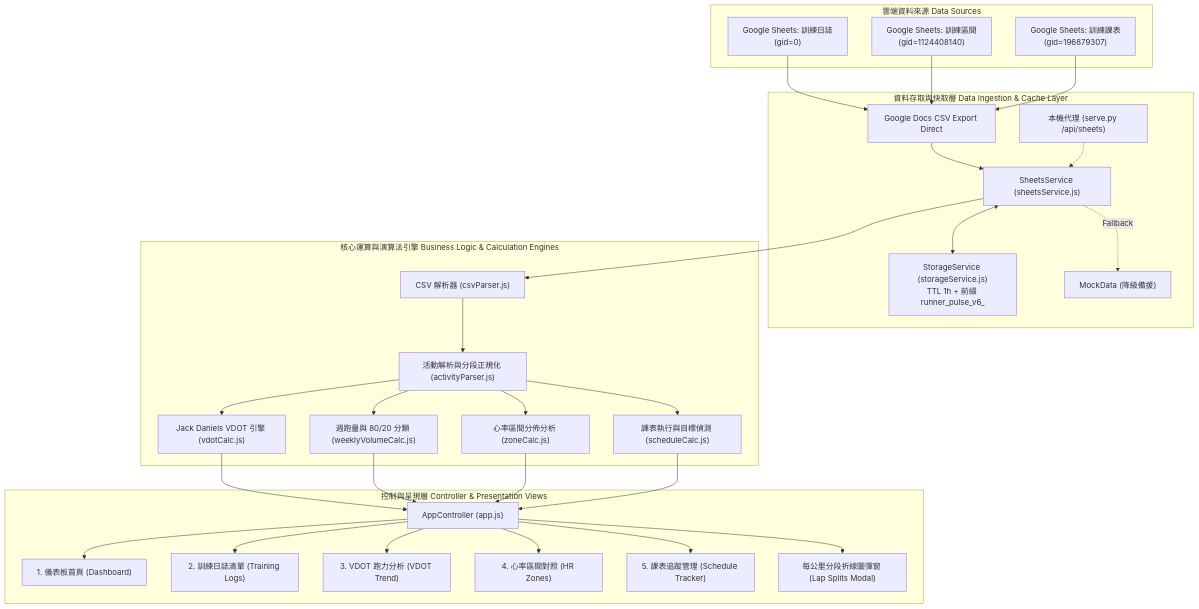
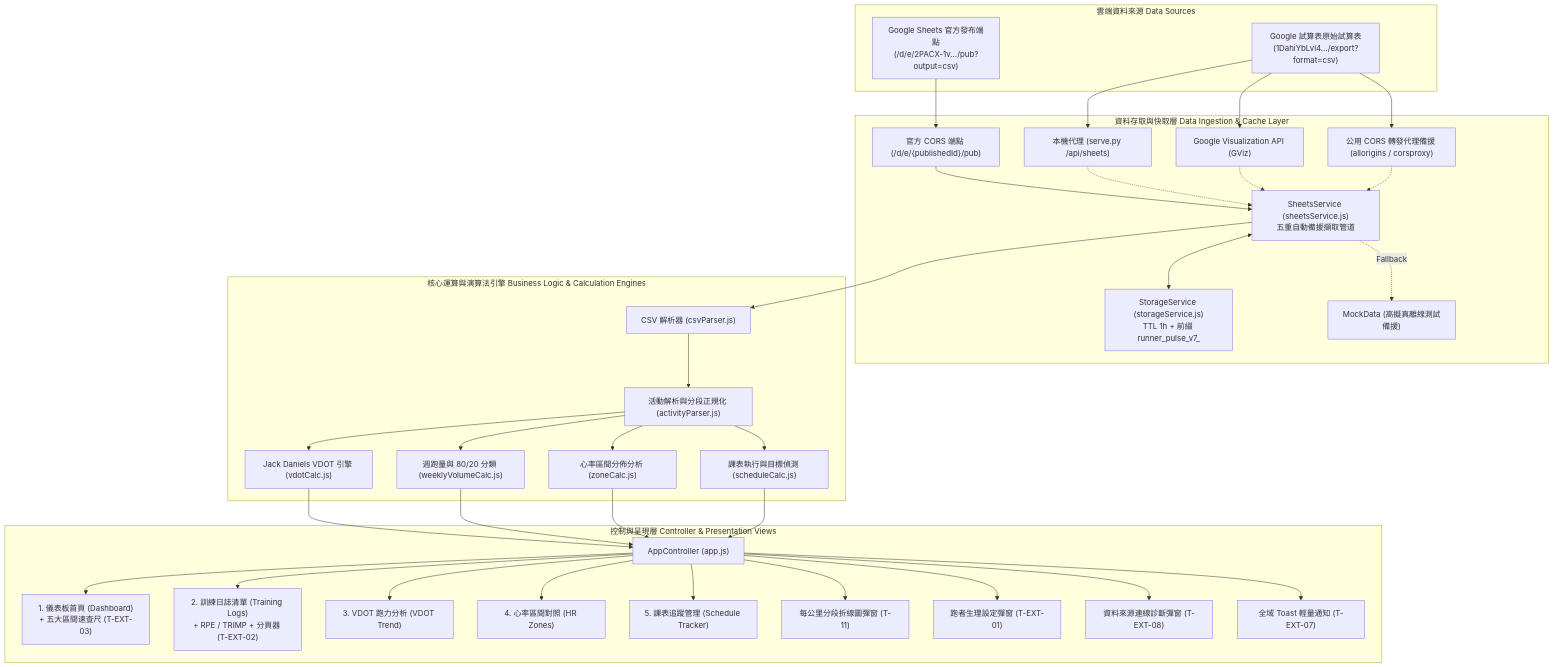
The first of 3 diagrams in RUNNER_PULSE_SYSTEM_SPEC_AND_MANUAL.md (tobby0306/Runner_Web), drawn with Mermaid before and after one commit. The commit also changed other lines of this file, not shown here.

Commit message:
docs: Update system manual to v2.2 with PM WBS, SA specs (T-EXT-01~08), and Architect Risk Analysis

````diff
--- a/RUNNER_PULSE_SYSTEM_SPEC_AND_MANUAL.md
+++ b/RUNNER_PULSE_SYSTEM_SPEC_AND_MANUAL.md
@@ -44,56 +73,62 @@
 ```mermaid
 graph TB
     subgraph "雲端資料來源 Data Sources"
-        GS_Logs["Google Sheets: 訓練日誌<br>(gid=0)"]
-        GS_Zones["Google Sheets: 訓練區間<br>(gid=1124408140)"]
-        GS_Schedule["Google Sheets: 訓練課表<br>(gid=196879307)"]
+        GS_Pub["Google Sheets 官方發布端點<br>(/d/e/2PACX-1v.../pub?output=csv)"]
+        GS_Raw["Google 試算表原始試算表<br>(1DahiYbLvl4.../export?format=csv)"]
     end
 
     subgraph "資料存取與快取層 Data Ingestion & Cache Layer"
-        SheetsSvc["SheetsService (sheetsService.js)"]
+        SheetsSvc["SheetsService (sheetsService.js)<br>五重自動備援擷取管道"]
         LocalProxy["本機代理 (serve.py /api/sheets)"]
-        DirectCSV["Google Docs CSV Export Direct"]
-        StorageSvc["StorageService (storageService.js)<br>TTL 1h + 前綴 runner_pulse_v6_"]
-        MockData["MockData (降級備援)"]
+        DirectPub["官方 CORS 端點 (/d/e/{publishedId}/pub)"]
+        GVizAPI["Google Visualization API (GViz)"]
+        ProxyCORS["公用 CORS 轉發代理備援 (allorigins / corsproxy)"]
+        StorageSvc["StorageService (storageService.js)<br>TTL 1h + 前綴 runner_pulse_v7_"]
+        MockData["MockData (高擬真離線測試備援)"]
     end
 
     subgraph "核心運算與演算法引擎 Business Logic & Calculation Engines"
         CSVParser["CSV 解析器 (csvParser.js)"]
         ActParser["活動解析與分段正規化 (activityParser.js)"]
         VDOTCalc["Jack Daniels VDOT 引擎 (vdotCalc.js)"]
         VolCalc["週跑量與 80/20 分類 (weeklyVolumeCalc.js)"]
         ZoneCalc["心率區間分佈分析 (zoneCalc.js)"]
         SchedCalc["課表執行與目標偵測 (scheduleCalc.js)"]
     end
 
     subgraph "控制與呈現層 Controller & Presentation Views"
         AppCtrl["AppController (app.js)"]
-        ViewDash["1. 儀表板首頁 (Dashboard)"]
-        ViewLogs["2. 訓練日誌清單 (Training Logs)"]
+        ViewDash["1. 儀表板首頁 (Dashboard)<br>+ 五大區間速查尺 (T-EXT-03)"]
+        ViewLogs["2. 訓練日誌清單 (Training Logs)<br>+ RPE / TRIMP + 分頁器 (T-EXT-02)"]
         ViewVDOT["3. VDOT 跑力分析 (VDOT Trend)"]
         ViewZones["4. 心率區間對照 (HR Zones)"]
         ViewSched["5. 課表追蹤管理 (Schedule Tracker)"]
-        ModalSplits["每公里分段折線圖彈窗 (Lap Splits Modal)"]
+        ModalSplits["每公里分段折線圖彈窗 (T-11)"]
+        ModalProfile["跑者生理設定彈窗 (T-EXT-01)"]
+        ModalDiag["資料來源連線診斷彈窗 (T-EXT-08)"]
+        ToastEngine["全域 Toast 輕量通知 (T-EXT-07)"]
     end
 
-    GS_Logs --> DirectCSV
-    GS_Zones --> DirectCSV
-    GS_Schedule --> DirectCSV
-    DirectCSV --> SheetsSvc
-    LocalProxy -.-> SheetsSvc
+    GS_Pub --> DirectPub --> SheetsSvc
+    GS_Raw --> LocalProxy -.-> SheetsSvc
+    GS_Raw --> GVizAPI -.-> SheetsSvc
+    GS_Raw --> ProxyCORS -.-> SheetsSvc
     SheetsSvc <--> StorageSvc
     SheetsSvc -.Fallback.-> MockData
     SheetsSvc --> CSVParser --> ActParser
     ActParser --> VDOTCalc
     ActParser --> VolCalc
     ActParser --> ZoneCalc
     ActParser --> SchedCalc
 
     VDOTCalc & VolCalc & ZoneCalc & SchedCalc --> AppCtrl
     AppCtrl --> ViewDash
     AppCtrl --> ViewLogs
     AppCtrl --> ViewVDOT
     AppCtrl --> ViewZones
     AppCtrl --> ViewSched
     AppCtrl --> ModalSplits
+    AppCtrl --> ModalProfile
+    AppCtrl --> ModalDiag
+    AppCtrl --> ToastEngine
 ```
````
